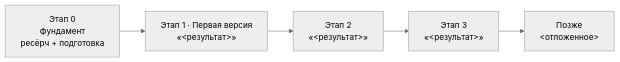
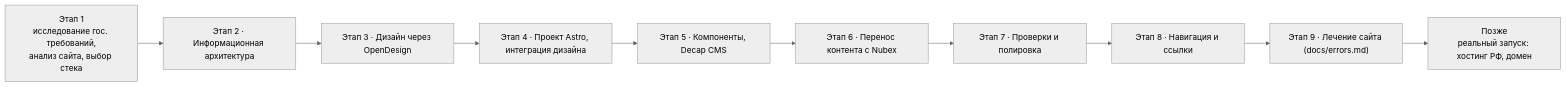
The diagram in docs/roadmap.md (ntiwgg/school29-site), drawn with Mermaid (neutral theme) before and after one commit. The commit also changed other lines of this file and 9 other files, not shown here.

````diff
--- a/docs/roadmap.md
+++ b/docs/roadmap.md
@@ -7,8 +7,13 @@
 ```mermaid
 flowchart LR
-    E0["Этап 0<br/>Фундамент<br/>ресёрч + подготовка"] --> E1
-    E1["Этап 1 · Первая версия<br/>«<результат>»"] --> E2
-    E2["Этап 2<br/>«<результат>»"] --> E3
-    E3["Этап 3<br/>«<результат>»"] --> E4
-    E4["Позже<br/><отложенное>"]
+    E1["Этап 1<br/>исследование гос. требований,<br/>анализ сайта, выбор стека"] --> E2
+    E2["Этап 2 · Информационная архитектура"] --> E3
+    E3["Этап 3 · Дизайн через OpenDesign"] --> E4
+    E4["Этап 4 · Проект Astro, интеграция дизайна"] --> E5
+    E5["Этап 5 · Компоненты, Decap CMS"] --> E6
+    E6["Этап 6 · Перенос контента с Nubex"] --> E7
+    E7["Этап 7 · Проверки и полировка"] --> E8
+    E8["Этап 8 · Навигация и ссылки"] --> E9
+    E9["Этап 9 · Лечение сайта (docs/errors.md)"] --> E10
+    E10["Позже<br/>реальный запуск: хостинг РФ, домен"]
 ```
````
